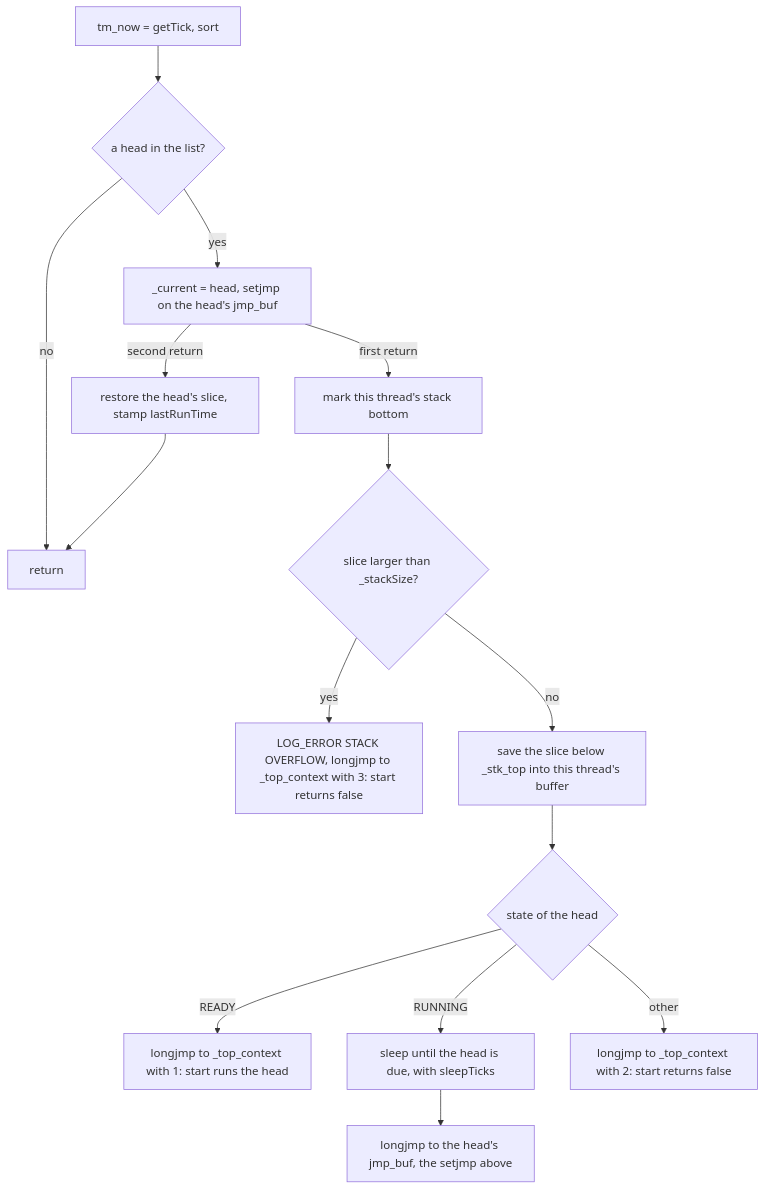
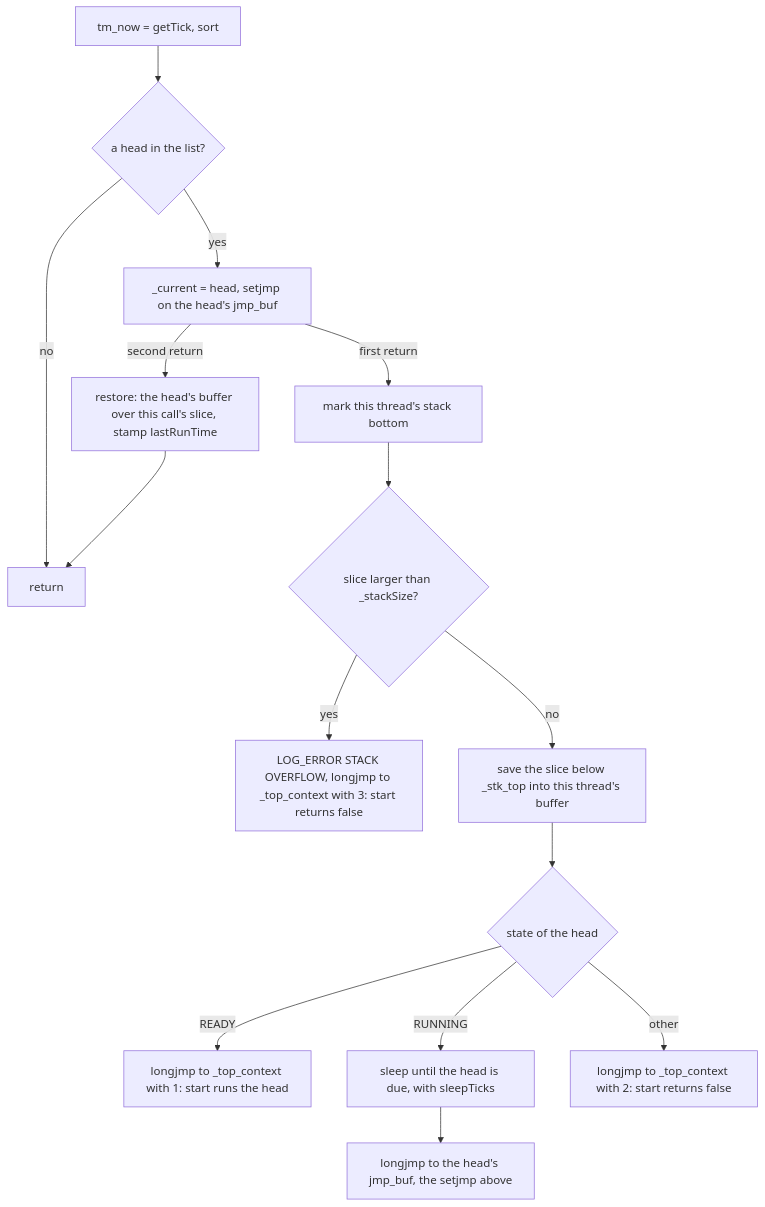
Before and after one commit to solariun/atomicx2: the seventh of 8 diagrams in spec.md, drawn with Mermaid. The commit also changed other lines of this file and 3 other files, not shown here.

````diff
--- a/spec.md
+++ b/spec.md
@@ -573,17 +583,17 @@
 ```mermaid
 flowchart TD
     a["tm_now = getTick, sort"] --> b{"a head in the list?"}
     b -->|no| z["return"]
     b -->|yes| c["_current = head, setjmp on the head's jmp_buf"]
     c -->|first return| d["mark this thread's stack bottom"]
     d --> o{"slice larger than _stackSize?"}
     o -->|yes| s["LOG_ERROR STACK OVERFLOW, longjmp to _top_context with 3: start returns false"]
     o -->|no| v["save the slice below _stk_top into this thread's buffer"]
     v --> e{"state of the head"}
     e -->|READY| g["longjmp to _top_context with 1: start runs the head"]
     e -->|RUNNING| w["sleep until the head is due, with sleepTicks"]
     w --> j["longjmp to the head's jmp_buf, the setjmp above"]
     e -->|other| x["longjmp to _top_context with 2: start returns false"]
-    c -->|"second return"| k["restore the head's slice, stamp lastRunTime"]
+    c -->|"second return"| k["restore: the head's buffer over this call's slice, stamp lastRunTime"]
     k --> z
 ```
````
